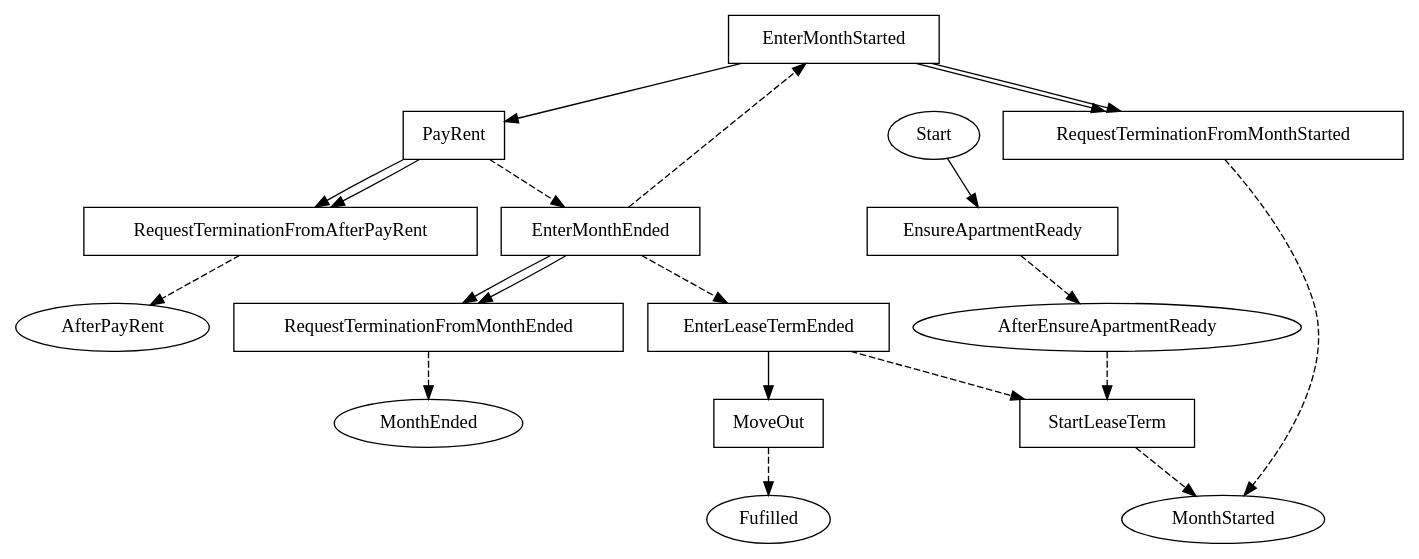
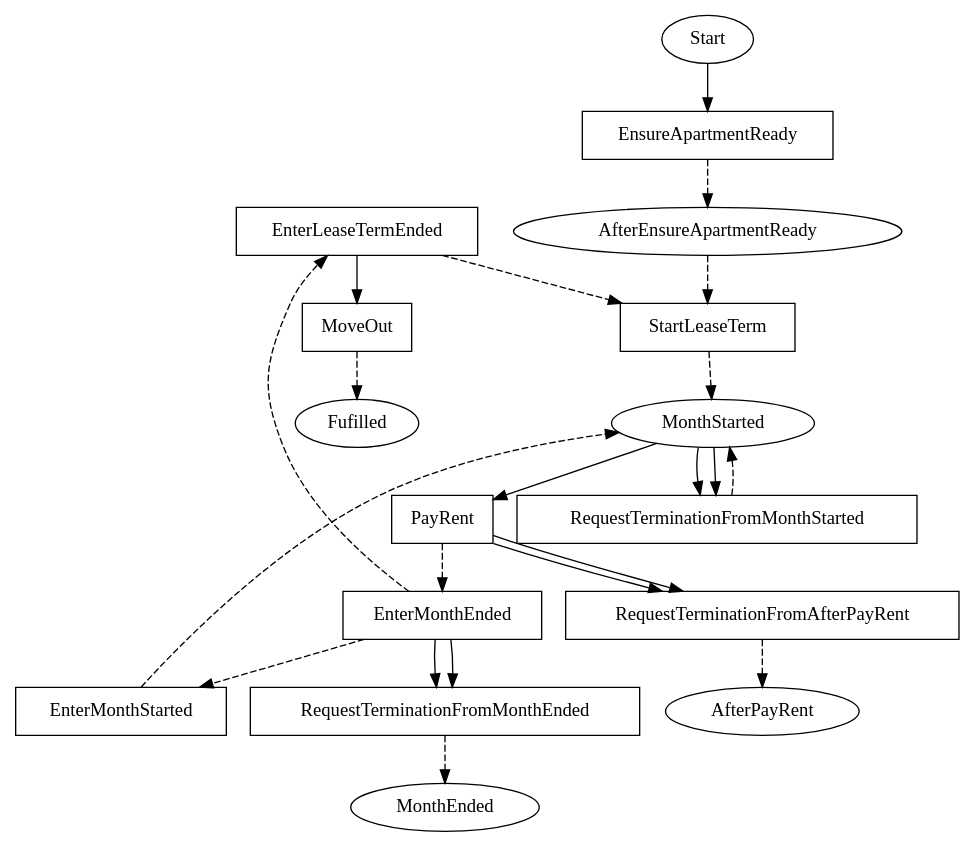
The diagram in linear_state_machine_language/pyL4/examples_graphviz_out/from_academic_lit/hvitved_lease.dot (Marcao02/complaw-deeptech), drawn with Graphviz before and after one commit. The commit also changed 23 other files, not shown here.

```diff
--- a/linear_state_machine_language/pyL4/examples_graphviz_out/from_academic_lit/hvitved_lease.dot
+++ b/linear_state_machine_language/pyL4/examples_graphviz_out/from_academic_lit/hvitved_lease.dot
@@ -1,46 +1,48 @@
 // THIS IS A GENERATED FILE. DO NOT EDIT.
 
 digraph Lease_Hvitved {    
     Fulfilled[label=Fufilled];
     Start[label=Start];
-	AfterEnsureApartmentReady[label=AfterEnsureApartmentReady]
+	AfterEnsureApartmentReady[label=AfterEnsureApartmentReady];
+	MonthStarted[label=MonthStarted]
     
      
     RequestTerminationFromMonthStarted[label=RequestTerminationFromMonthStarted,shape=box];
 	RequestTerminationFromAfterPayRent[label=RequestTerminationFromAfterPayRent,shape=box];
 	RequestTerminationFromMonthEnded[label=RequestTerminationFromMonthEnded,shape=box];
 	EnsureApartmentReady[label=EnsureApartmentReady,shape=box];
 	StartLeaseTerm[label=StartLeaseTerm,shape=box];
 	EnterMonthStarted[label=EnterMonthStarted,shape=box];
 	PayRent[label=PayRent,shape=box];
 	EnterMonthEnded[label=EnterMonthEnded,shape=box];
 	EnterLeaseTermEnded[label=EnterLeaseTermEnded,shape=box];
 	MoveOut[label=MoveOut,shape=box]    
     
     
     
     Start -> EnsureApartmentReady;
 	AfterEnsureApartmentReady -> StartLeaseTerm [style=dashed];
-	EnterMonthStarted -> PayRent;
-	EnterMonthStarted -> RequestTerminationFromMonthStarted;
-	EnterMonthStarted -> RequestTerminationFromMonthStarted;
+	MonthStarted -> PayRent;
+	MonthStarted -> RequestTerminationFromMonthStarted;
+	MonthStarted -> RequestTerminationFromMonthStarted;
 	PayRent -> EnterMonthEnded [style=dashed];
 	PayRent -> RequestTerminationFromAfterPayRent;
 	PayRent -> RequestTerminationFromAfterPayRent;
 	EnterMonthEnded -> EnterLeaseTermEnded [style=dashed];
 	EnterMonthEnded -> EnterMonthStarted [style=dashed];
 	EnterMonthEnded -> RequestTerminationFromMonthEnded;
 	EnterMonthEnded -> RequestTerminationFromMonthEnded;
 	EnterLeaseTermEnded -> MoveOut;
 	EnterLeaseTermEnded -> StartLeaseTerm [style=dashed]
     
     RequestTerminationFromMonthStarted -> MonthStarted [style=dashed];
 	RequestTerminationFromAfterPayRent -> AfterPayRent [style=dashed];
 	RequestTerminationFromMonthEnded -> MonthEnded [style=dashed];
 	EnsureApartmentReady -> AfterEnsureApartmentReady [style=dashed];
 	StartLeaseTerm -> MonthStarted [style=dashed];
+	EnterMonthStarted -> MonthStarted [style=dashed];
 	MoveOut -> Fulfilled [style=dashed];
 	     
     
        
 }
```
